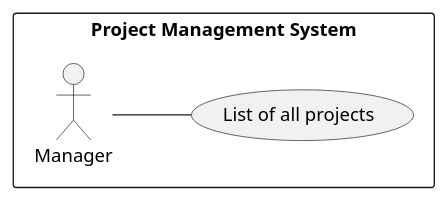
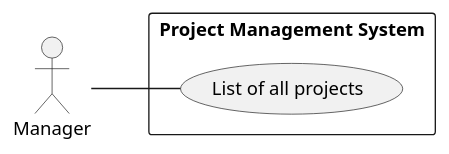
Before and after one commit to ivo-menezes/project_g3: the diagram in docs/modelling_design/user_stories/us015/US015_ListAllProjectsUCD.puml, drawn with PlantUML.

Commit message:
US015: Analysis : ListAllProjectsUCD(Update)

```diff
--- a/docs/modelling_design/user_stories/us015/US015_ListAllProjectsUCD.puml
+++ b/docs/modelling_design/user_stories/us015/US015_ListAllProjectsUCD.puml
@@ -1,10 +1,10 @@
 @startuml
 left to right direction
 
+"Manager"
+
 rectangle "Project Management System"{
+Manager -- (List of all projects)
+}
 
-:Manager: as Manager
-Manager -- (List of all projects)
-
-}
 @enduml
```
